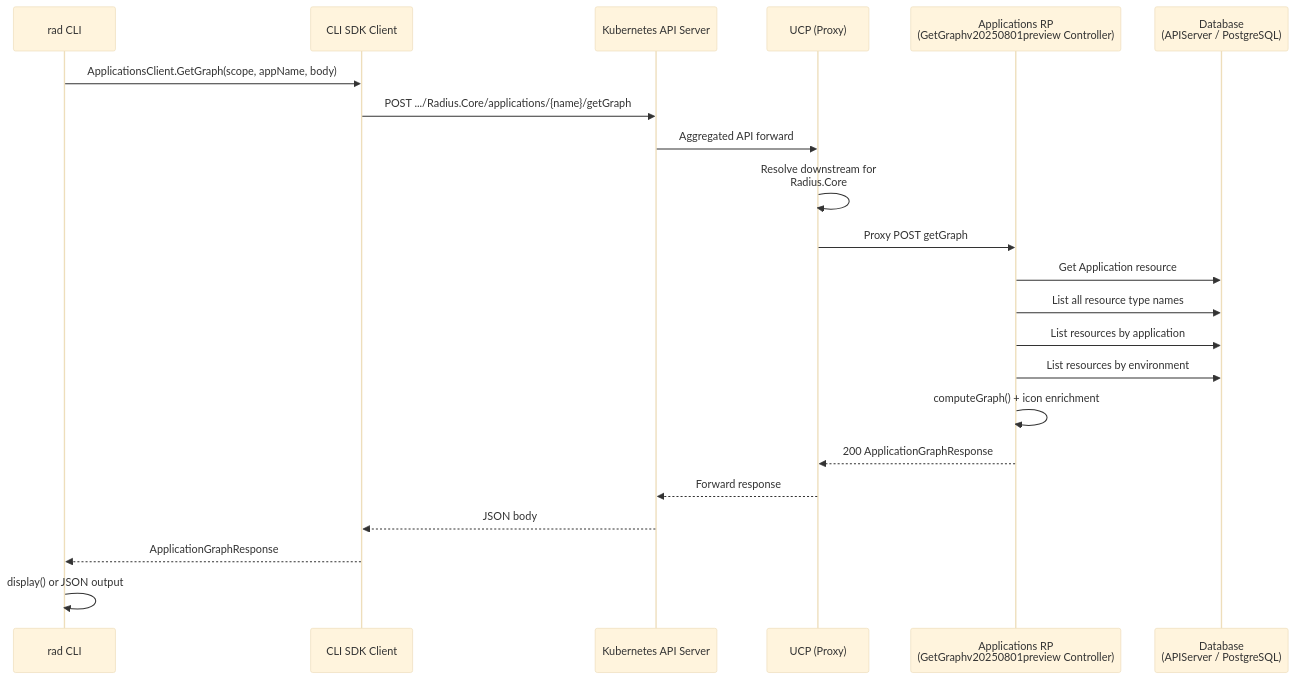
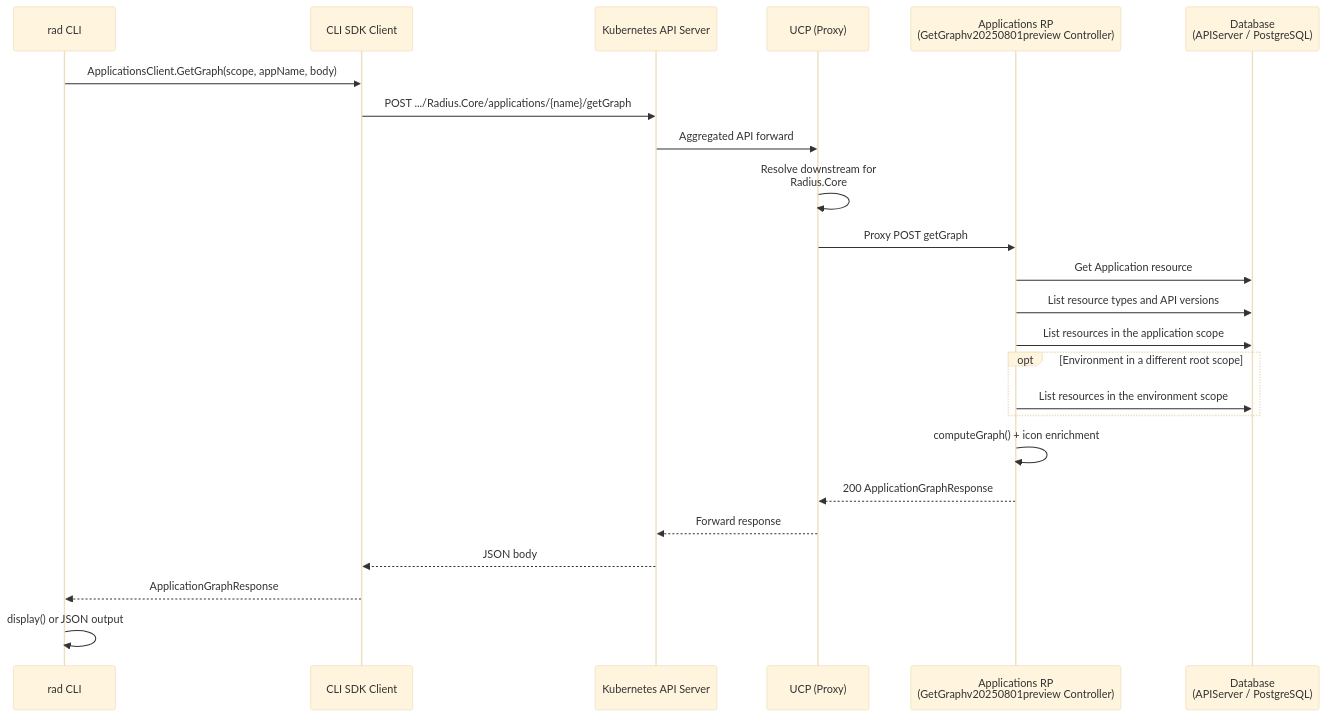
One commit to radius-project/radius changed the first of 6 diagrams in docs/architecture/application-graph.md. Above: the diagram before and after it, drawn with Mermaid (base theme). The commit also changed other lines of this file and 2 other files, not shown here.

Commit message:
test: cover inventory API versions and dynamic-rp Run failures
Assert the api-version that each ListResourcesIn* method sends, and cover PUT, schema validation failure, and resource type lookup failure in the dynamic-rp Run tests. Update application-graph.md for the preview graph lookup path.

````diff
--- a/docs/architecture/application-graph.md
+++ b/docs/architecture/application-graph.md
@@ -22,25 +22,27 @@
 ```mermaid
 sequenceDiagram
     participant CLI as rad CLI
     participant SDK as CLI SDK Client
     participant K8s as Kubernetes API Server
     participant UCP as UCP (Proxy)
     participant RP as Applications RP<br/>(GetGraphv20250801preview Controller)
     participant DB as Database<br/>(APIServer / PostgreSQL)
 
     CLI->>SDK: ApplicationsClient.GetGraph(scope, appName, body)
     SDK->>K8s: POST .../Radius.Core/applications/{name}/getGraph
     K8s->>UCP: Aggregated API forward
     UCP->>UCP: Resolve downstream for<br/>Radius.Core
     UCP->>RP: Proxy POST getGraph
     RP->>DB: Get Application resource
-    RP->>DB: List all resource type names
-    RP->>DB: List resources by application
-    RP->>DB: List resources by environment
+    RP->>DB: List resource types and API versions
+    RP->>DB: List resources in the application scope
+    opt Environment in a different root scope
+        RP->>DB: List resources in the environment scope
+    end
     RP->>RP: computeGraph() + icon enrichment
     RP-->>UCP: 200 ApplicationGraphResponse
     UCP-->>K8s: Forward response
     K8s-->>SDK: JSON body
     SDK-->>CLI: ApplicationGraphResponse
     CLI->>CLI: display() or JSON output
 ```
````
